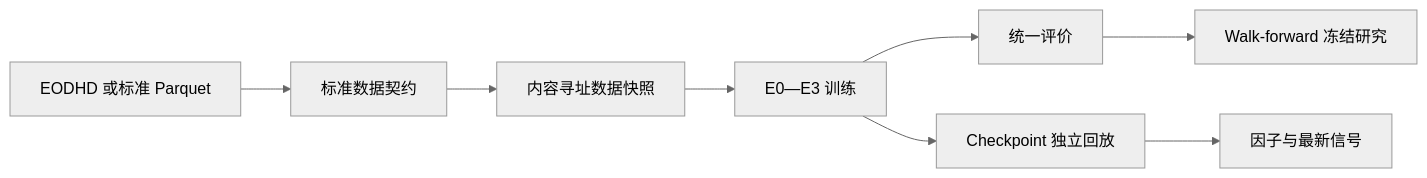
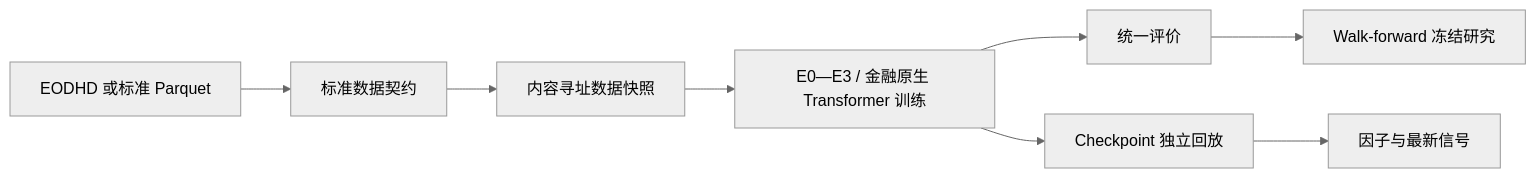
Before and after one commit to wwbotww/FacDiggerNN: the first of 2 diagrams in docs/开发文档.md, drawn with Mermaid (neutral theme). The commit also changed other lines of this file and 40 other files, not shown here.

````diff
--- a/docs/开发文档.md
+++ b/docs/开发文档.md
@@ -18,10 +18,10 @@
 ```mermaid
 flowchart LR
     A["EODHD 或标准 Parquet"] --> B["标准数据契约"]
     B --> C["内容寻址数据快照"]
-    C --> D["E0—E3 训练"]
+    C --> D["E0—E3 / 金融原生 Transformer 训练"]
     D --> E["统一评价"]
     E --> F["Walk-forward 冻结研究"]
     D --> G["Checkpoint 独立回放"]
     G --> H["因子与最新信号"]
 ```
````
